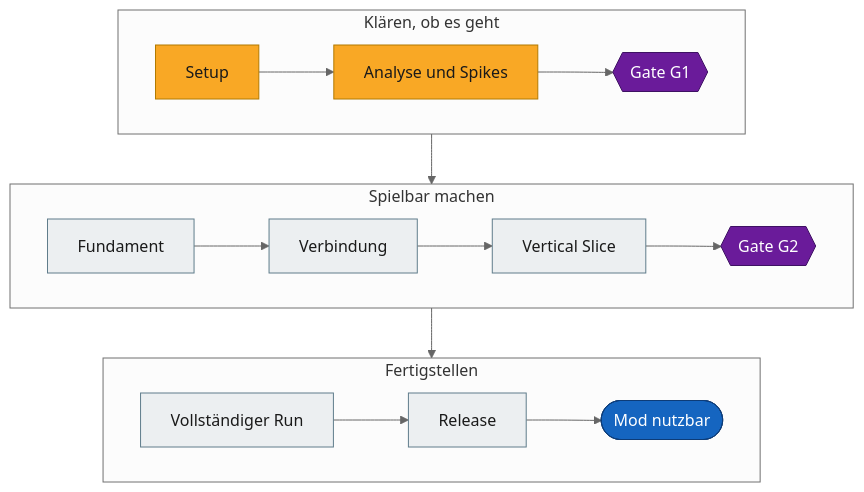
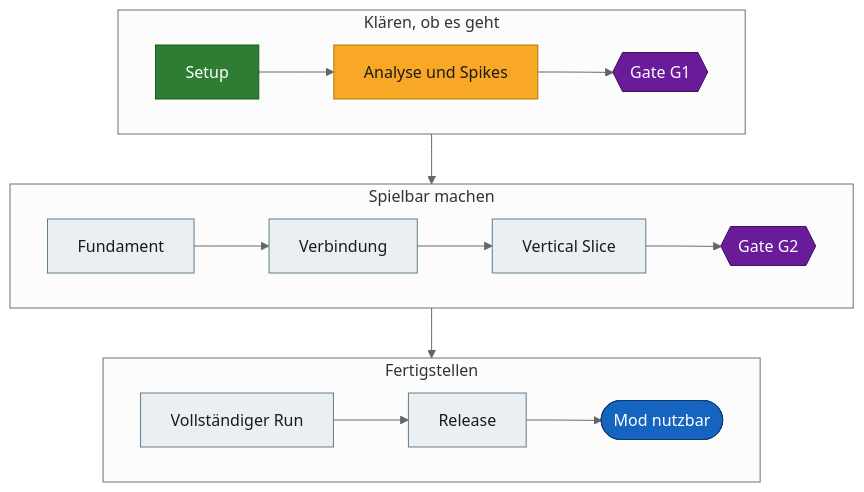
One commit to VitaminStack/Deadly-Days-Roadtrip-Multiplayer-Mod changed the diagram in README.md. Above: the diagram before and after it, drawn with Mermaid (neutral theme). The commit also changed other lines of this file and 2 other files, not shown here.

````diff
--- a/README.md
+++ b/README.md
@@ -10,24 +10,25 @@
 ```mermaid
 flowchart TD
     subgraph A["Klären, ob es geht"]
         direction LR
-        P0["Setup"]:::wip --> P1["Analyse und Spikes"]:::wip --> G1{{"Gate G1"}}:::gate
+        P0["Setup"]:::done --> P1["Analyse und Spikes"]:::wip --> G1{{"Gate G1"}}:::gate
     end
 
     subgraph B["Spielbar machen"]
         direction LR
         P2["Fundament"]:::open --> P3["Verbindung"]:::open --> P4["Vertical Slice"]:::open --> G2{{"Gate G2"}}:::gate
     end
 
     subgraph C["Fertigstellen"]
         direction LR
         P5["Vollständiger Run"]:::open --> P6["Release"]:::open --> Z(["Mod nutzbar"]):::goal
     end
 
     A --> B --> C
 
+    classDef done fill:#2e7d32,stroke:#1b5e20,color:#ffffff
     classDef wip fill:#f9a825,stroke:#b27a00,color:#1a1a1a
     classDef open fill:#eceff1,stroke:#607d8b,color:#1a1a1a
     classDef gate fill:#6a1b9a,stroke:#3e1163,color:#ffffff
     classDef goal fill:#1565c0,stroke:#0d3c78,color:#ffffff
 ```
````
